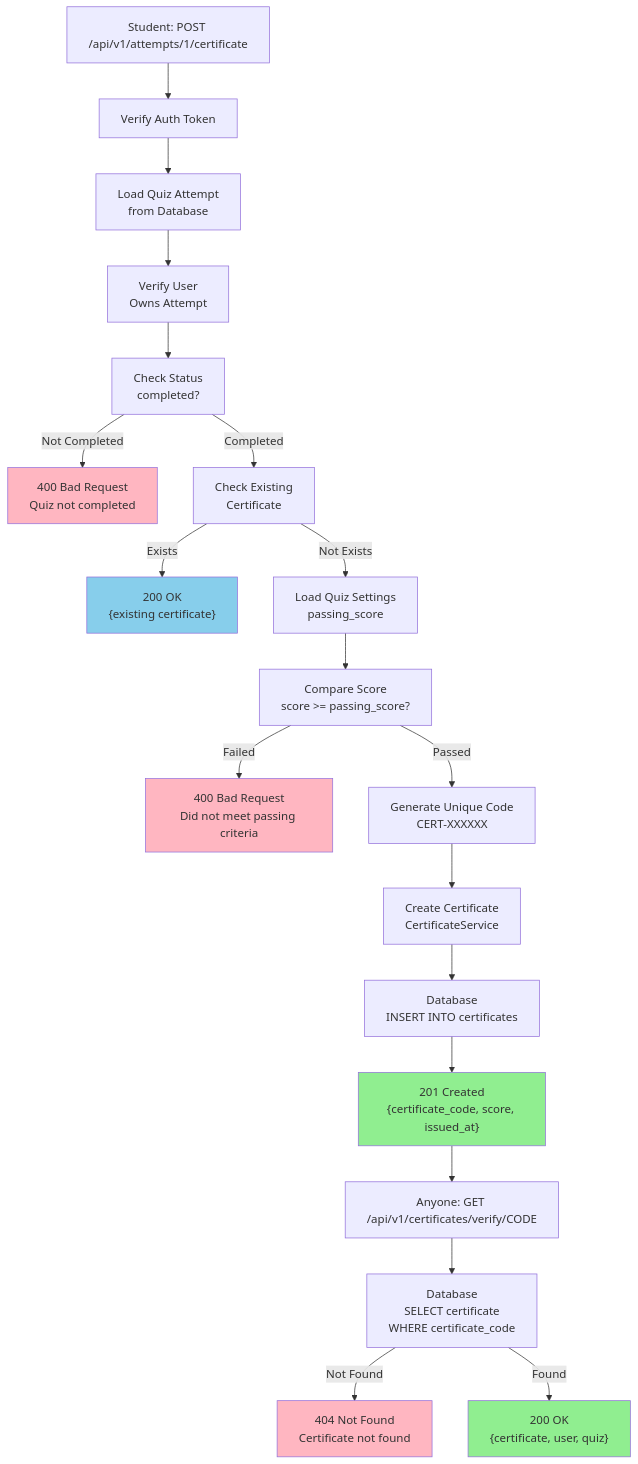
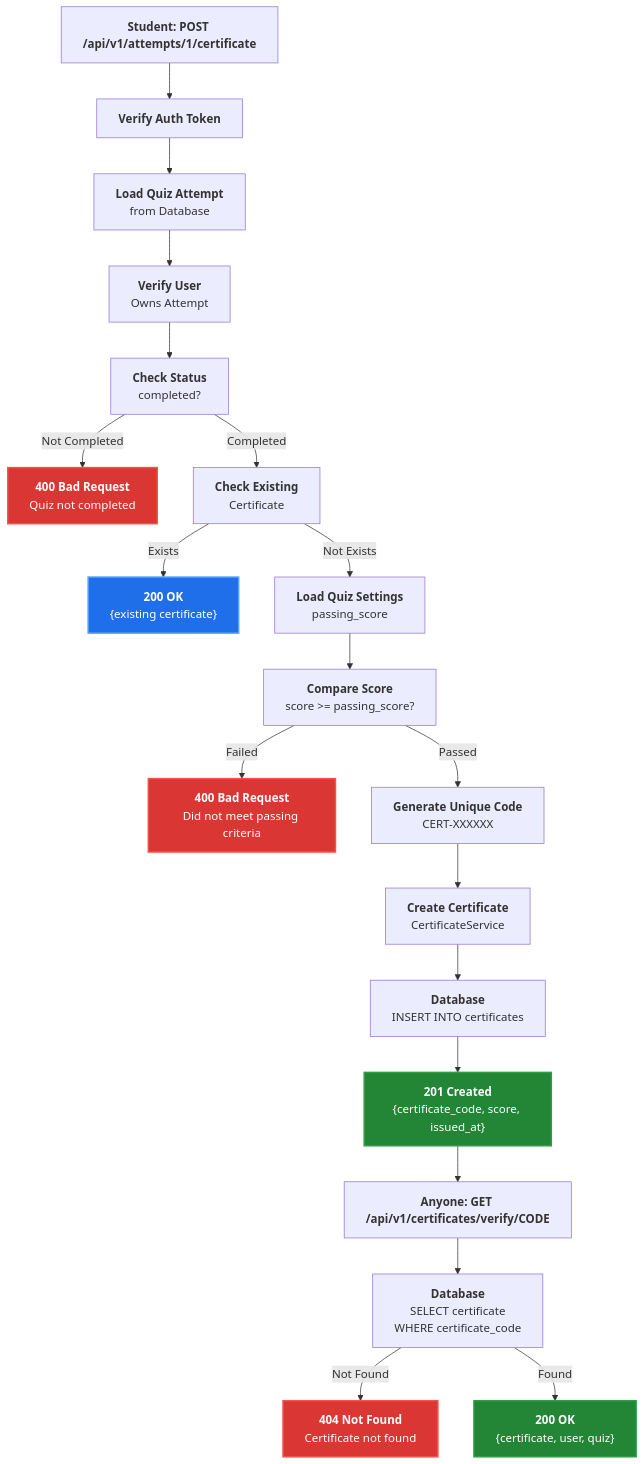
One commit to EIRSVi/prop-iq changed the sixth of 11 diagrams in README.md. Above: the diagram before and after it, drawn with Mermaid. The commit also changed other lines of this file, not shown here.

Commit message:
docs: Improve readability and styling of Mermaid diagrams in README

````diff
--- a/README.md
+++ b/README.md
@@ -1078,33 +1078,33 @@
 ```mermaid
 graph TB
-    Start["Student: POST /api/v1/attempts/1/certificate"] --> VerifyAuth["Verify Auth Token"]
-    VerifyAuth --> LoadAttempt["Load Quiz Attempt<br/>from Database"]
-    LoadAttempt --> CheckOwner["Verify User<br/>Owns Attempt"]
-    CheckOwner --> CheckComplete["Check Status<br/>completed?"]
+    Start["<b>Student: POST /api/v1/attempts/1/certificate</b>"] --> VerifyAuth["<b>Verify Auth Token</b>"]
+    VerifyAuth --> LoadAttempt["<b>Load Quiz Attempt</b><br/>from Database"]
+    LoadAttempt --> CheckOwner["<b>Verify User</b><br/>Owns Attempt"]
+    CheckOwner --> CheckComplete["<b>Check Status</b><br/>completed?"]
     
-    CheckComplete -->|Not Completed| Error400A["400 Bad Request<br/>Quiz not completed"]
-    CheckComplete -->|Completed| CheckExisting["Check Existing<br/>Certificate"]
+    CheckComplete -->|Not Completed| Error400A["<b>400 Bad Request</b><br/>Quiz not completed"]
+    CheckComplete -->|Completed| CheckExisting["<b>Check Existing</b><br/>Certificate"]
     
-    CheckExisting -->|Exists| ReturnExisting["200 OK<br/>{existing certificate}"]
-    CheckExisting -->|Not Exists| LoadSettings["Load Quiz Settings<br/>passing_score"]
+    CheckExisting -->|Exists| ReturnExisting["<b>200 OK</b><br/>{existing certificate}"]
+    CheckExisting -->|Not Exists| LoadSettings["<b>Load Quiz Settings</b><br/>passing_score"]
     
-    LoadSettings --> CompareScore["Compare Score<br/>score >= passing_score?"]
-    CompareScore -->|Failed| Error400B["400 Bad Request<br/>Did not meet passing criteria"]
-    CompareScore -->|Passed| GenCode["Generate Unique Code<br/>CERT-XXXXXX"]
+    LoadSettings --> CompareScore["<b>Compare Score</b><br/>score >= passing_score?"]
+    CompareScore -->|Failed| Error400B["<b>400 Bad Request</b><br/>Did not meet passing criteria"]
+    CompareScore -->|Passed| GenCode["<b>Generate Unique Code</b><br/>CERT-XXXXXX"]
     
-    GenCode --> CreateCert["Create Certificate<br/>CertificateService"]
-    CreateCert --> SaveCert["Database<br/>INSERT INTO certificates"]
-    SaveCert --> CertResponse["201 Created<br/>{certificate_code, score, issued_at}"]
+    GenCode --> CreateCert["<b>Create Certificate</b><br/>CertificateService"]
+    CreateCert --> SaveCert["<b>Database</b><br/>INSERT INTO certificates"]
+    SaveCert --> CertResponse["<b>201 Created</b><br/>{certificate_code, score, issued_at}"]
     
-    CertResponse --> Verify["Anyone: GET /api/v1/certificates/verify/CODE"]
-    Verify --> SearchCert["Database<br/>SELECT certificate<br/>WHERE certificate_code"]
-    SearchCert -->|Not Found| Error404["404 Not Found<br/>Certificate not found"]
-    SearchCert -->|Found| VerifyResponse["200 OK<br/>{certificate, user, quiz}"]
+    CertResponse --> Verify["<b>Anyone: GET /api/v1/certificates/verify/CODE</b>"]
+    Verify --> SearchCert["<b>Database</b><br/>SELECT certificate<br/>WHERE certificate_code"]
+    SearchCert -->|Not Found| Error404["<b>404 Not Found</b><br/>Certificate not found"]
+    SearchCert -->|Found| VerifyResponse["<b>200 OK</b><br/>{certificate, user, quiz}"]
     
-    style ReturnExisting fill:#87CEEB
-    style CertResponse fill:#90EE90
-    style VerifyResponse fill:#90EE90
-    style Error400A fill:#FFB6C1
-    style Error400B fill:#FFB6C1
-    style Error404 fill:#FFB6C1
+    style ReturnExisting fill:#1f6feb,stroke:#58a6ff,stroke-width:2px,color:#fff
+    style CertResponse fill:#238636,stroke:#2ea043,stroke-width:2px,color:#fff
+    style VerifyResponse fill:#238636,stroke:#2ea043,stroke-width:2px,color:#fff
+    style Error400A fill:#da3633,stroke:#f85149,stroke-width:2px,color:#fff
+    style Error400B fill:#da3633,stroke:#f85149,stroke-width:2px,color:#fff
+    style Error404 fill:#da3633,stroke:#f85149,stroke-width:2px,color:#fff
 ```
````
